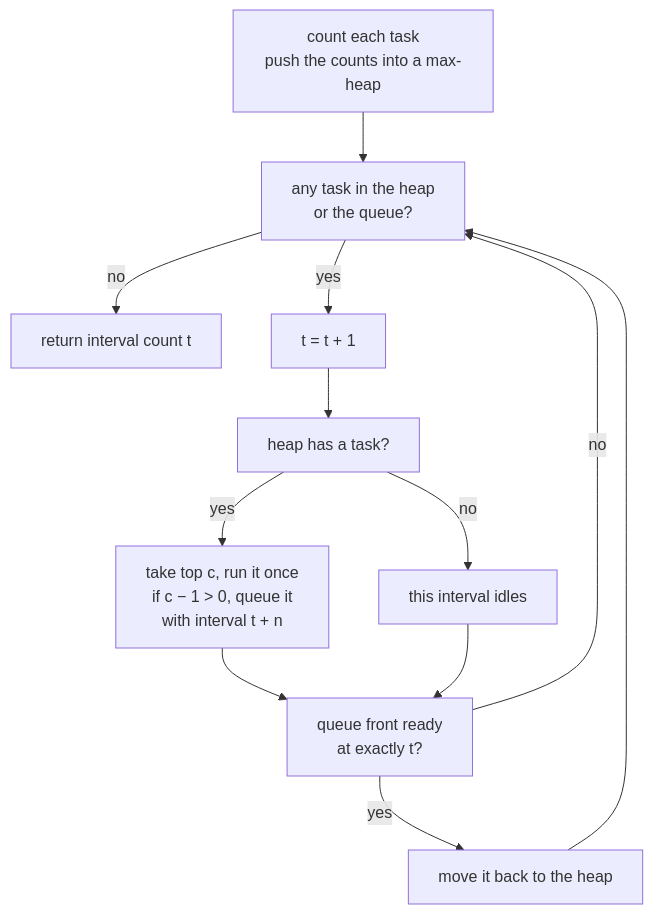
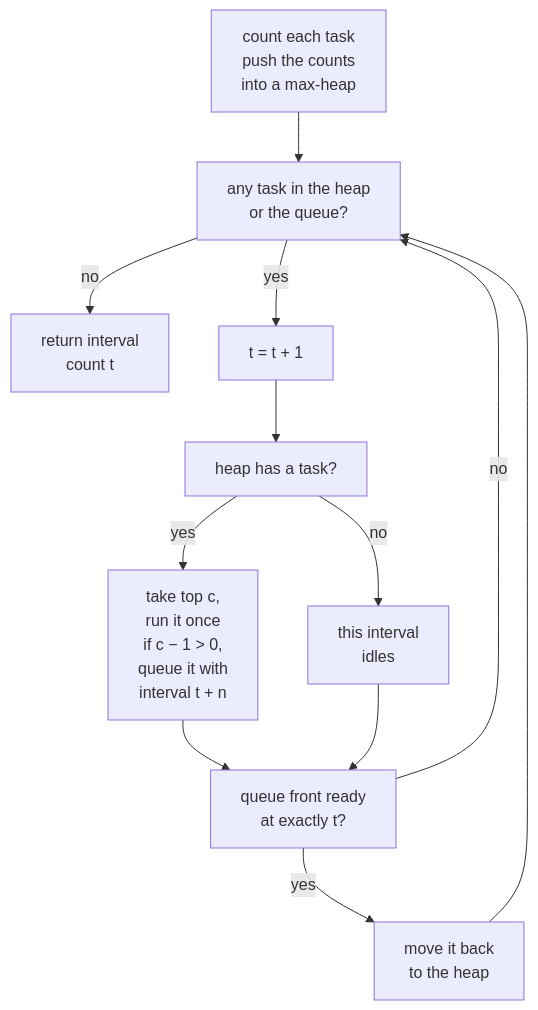
Before and after one commit to duongbui234/software-engineering-atlas: the diagram in content/en/problems/task-scheduler.md, drawn with Mermaid. The commit also changed 134 other files, not shown here.

First line of the commit message:
Fit every Mermaid diagram at 390px without sideways scroll (#56)

````diff
--- a/content/en/problems/task-scheduler.md
+++ b/content/en/problems/task-scheduler.md
@@ -53,14 +53,14 @@
 ```mermaid
 flowchart TB
-  A["count each task<br/>push the counts into a max-heap"] --> B["any task in the heap<br/>or the queue?"]
-  B -->|"no"| Z["return interval count t"]
+  A["count each task<br/>push the counts<br/>into a max-heap"] --> B["any task in the heap<br/>or the queue?"]
+  B -->|"no"| Z["return interval<br/>count t"]
   B -->|"yes"| C["t = t + 1"]
   C --> D["heap has a task?"]
-  D -->|"yes"| E["take top c, run it once<br/>if c − 1 > 0, queue it<br/>with interval t + n"]
-  D -->|"no"| F["this interval idles"]
+  D -->|"yes"| E["take top c,<br/>run it once<br/>if c − 1 > 0,<br/>queue it with<br/>interval t + n"]
+  D -->|"no"| F["this interval<br/>idles"]
   E --> G["queue front ready<br/>at exactly t?"]
   F --> G
-  G -->|"yes"| H["move it back to the heap"]
+  G -->|"yes"| H["move it back<br/>to the heap"]
   G -->|"no"| B
   H --> B
 ```
````
